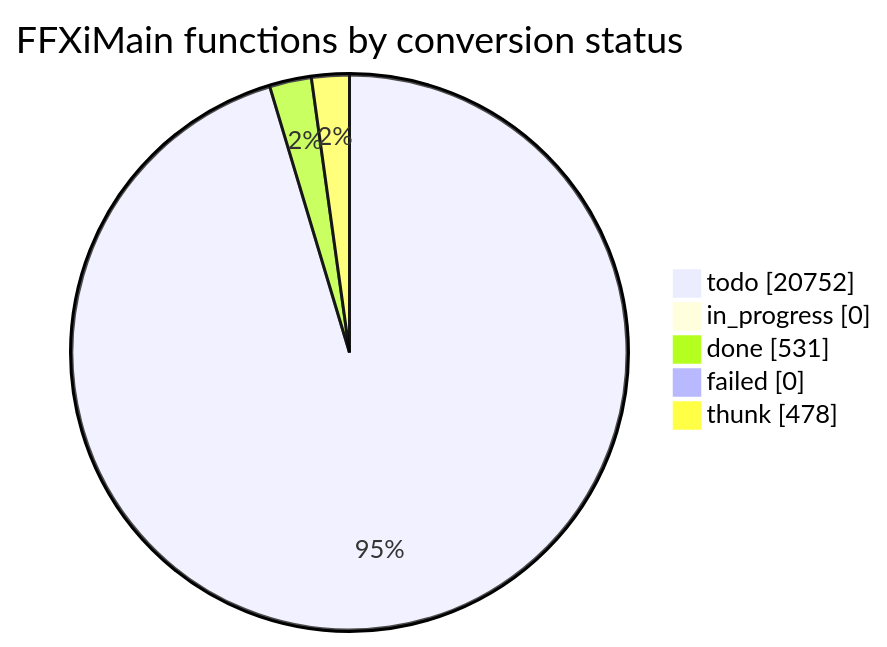
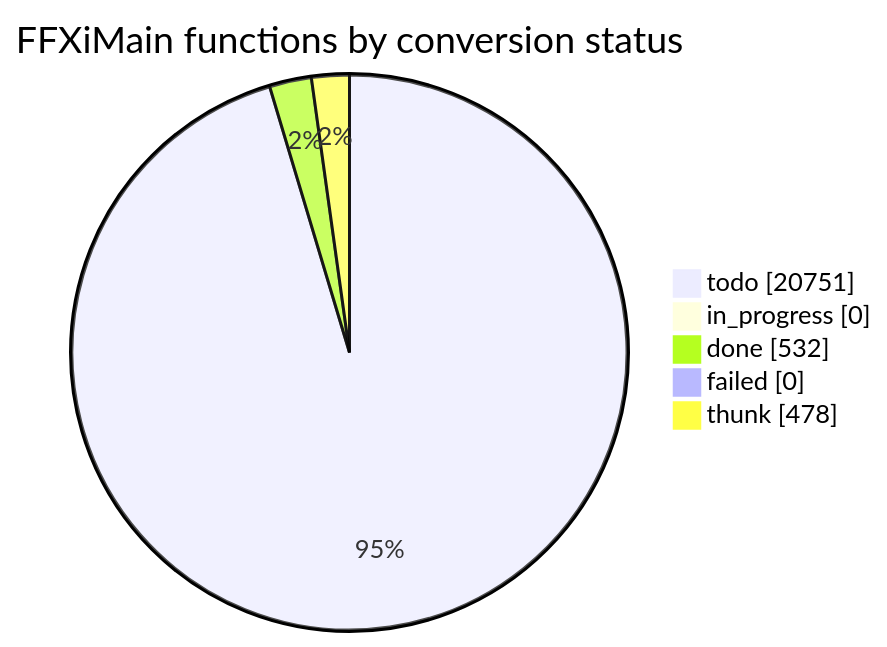
The diagram in docs/cow/STATUS.md (cowrevenge/cow_kuluu_xi_anything), drawn with Mermaid before and after one commit. The commit also changed other lines of this file and 9 other files, not shown here.

````diff
--- a/docs/cow/STATUS.md
+++ b/docs/cow/STATUS.md
@@ -18,9 +18,9 @@
 ```mermaid
 pie showData
     title FFXiMain functions by conversion status
-    "todo" : 20752
+    "todo" : 20751
     "in_progress" : 0
-    "done" : 531
+    "done" : 532
     "failed" : 0
     "thunk" : 478
 ```
````
